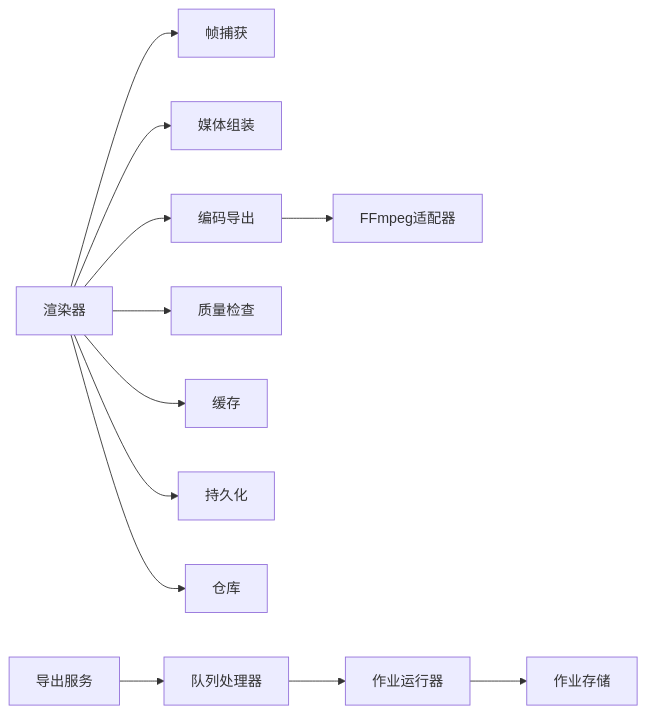
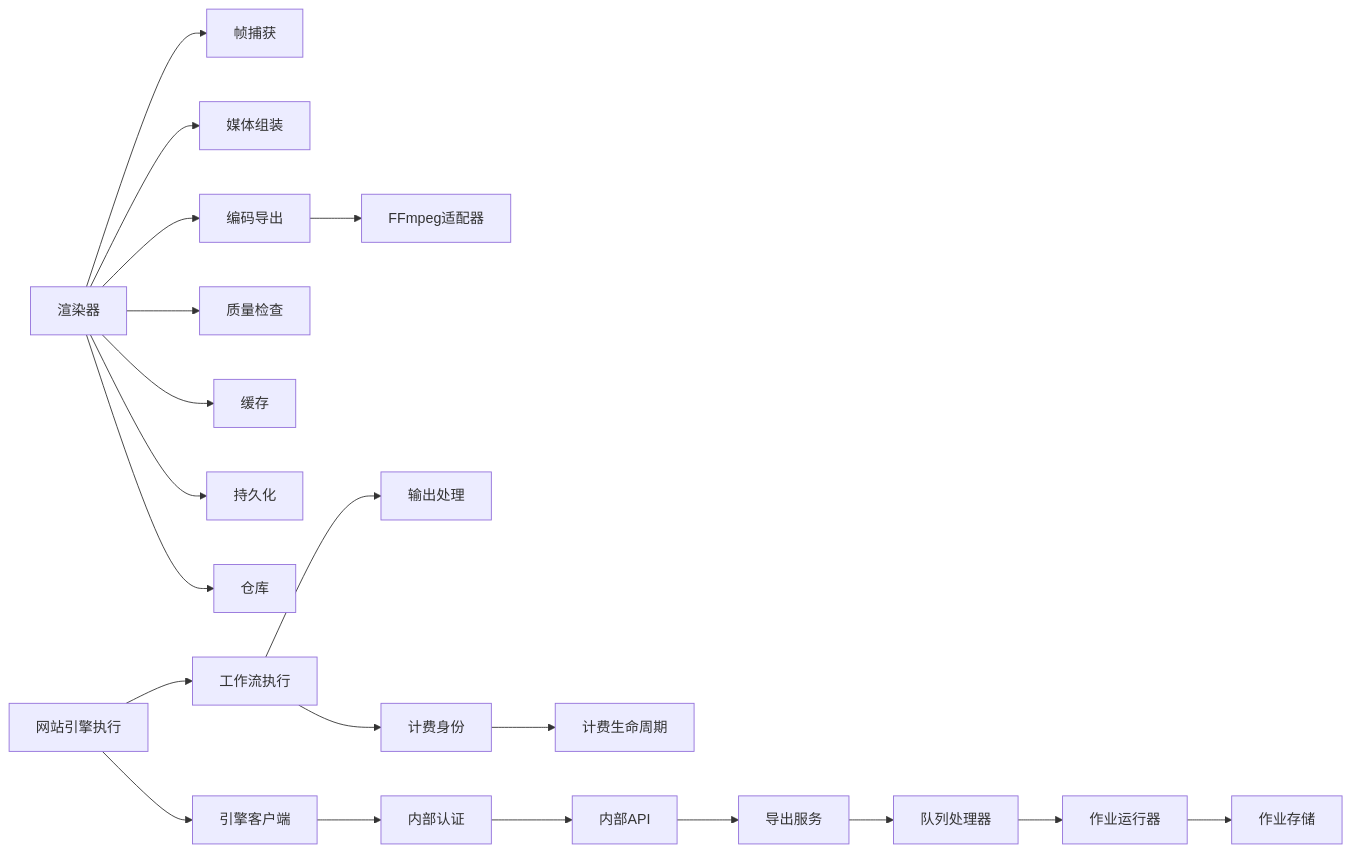
One commit to scottcwy/PurpleInk changed the fifth of 5 diagrams in .qoder/repowiki/zh/content/渲染引擎/渲染引擎.md. Above: the diagram before and after it, drawn with Mermaid. The commit also changed other lines of this file and 29 other files, not shown here.

````diff
--- a/.qoder/repowiki/zh/content/渲染引擎/渲染引擎.md
+++ b/.qoder/repowiki/zh/content/渲染引擎/渲染引擎.md
@@ -369,14 +516,22 @@
 ```mermaid
 graph LR
 Renderer["渲染器"] --> Capture["帧捕获"]
 Renderer --> Assembly["媒体组装"]
 Renderer --> Encode["编码导出"]
 Renderer --> QA["质量检查"]
 Encode --> FFmpeg["FFmpeg适配器"]
 Renderer --> Cache["缓存"]
 Renderer --> Persistence["持久化"]
 Renderer --> Repository["仓库"]
 ExportService["导出服务"] --> QueueHandler["队列处理器"]
 QueueHandler --> JobRunner["作业运行器"]
 JobRunner --> JobStore["作业存储"]
+WebsiteEngine["网站引擎执行"] --> WebsiteExecution["工作流执行"]
+WebsiteExecution --> WebsiteOutput["输出处理"]
+WebsiteExecution --> BillingIdentity["计费身份"]
+BillingIdentity --> BillingLifecycle["计费生命周期"]
+EngineClient["引擎客户端"] --> InternalAuth["内部认证"]
+InternalAuth --> InternalAPI["内部API"]
+InternalAPI --> ExportService
+WebsiteEngine --> EngineClient
 ```
````
